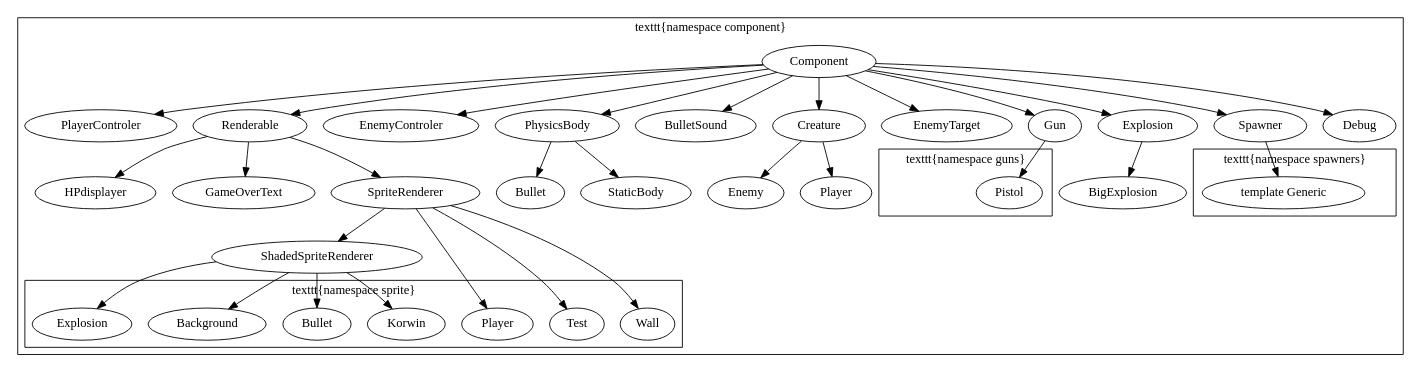
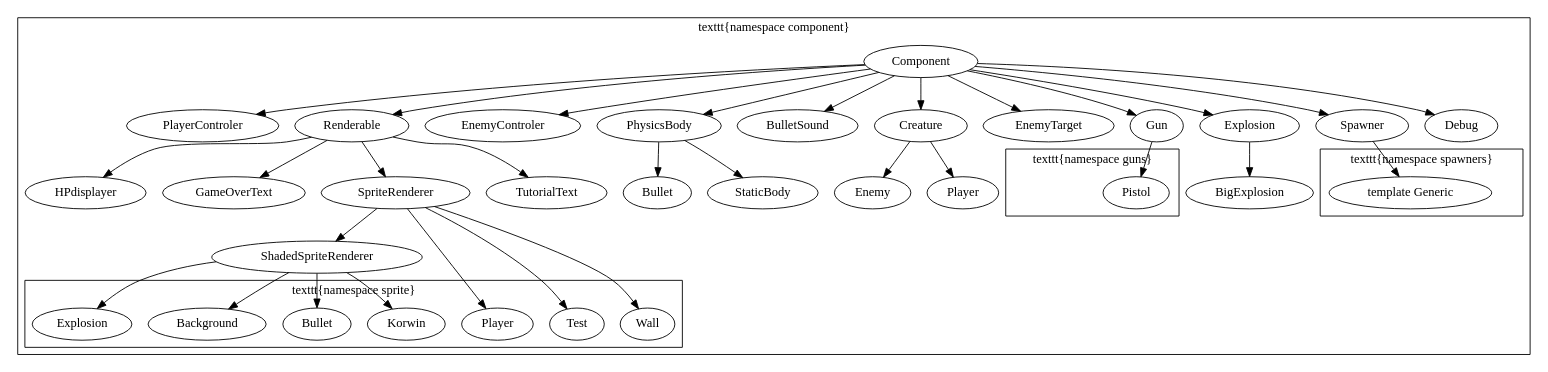
Before and after one commit to HakierGrzonzo/GrzesSFMLlib: the diagram in docs/renderable.dot, drawn with Graphviz. The commit also changed 2 other files, not shown here.

```diff
--- a/docs/renderable.dot
+++ b/docs/renderable.dot
@@ -1,79 +1,81 @@
 digraph G {
 	subgraph cluster_Component {
 		Component;
 		PlayerControler;
 			Component -> PlayerControler;
 		Renderable;
 			Component -> Renderable;
 		HPdisplayer;
 			Renderable -> HPdisplayer;
 		GameOverText;
 			Renderable -> GameOverText;
 		SpriteRenderer;
 			Renderable -> SpriteRenderer;
+		TutorialText;
+			Renderable -> TutorialText;
 		ShadedSpriteRenderer;
 			SpriteRenderer -> ShadedSpriteRenderer;
 		EnemyControler;
 			Component -> EnemyControler;
 		PhysicsBody;
 			Component -> PhysicsBody;
 		Bullet;
 			PhysicsBody -> Bullet;
 		BulletSound;
 			Component -> BulletSound;
 		Creature;
 			Component -> Creature;
 		Enemy;
 			Creature -> Enemy;
 		Player;
 			Creature -> Player;
 		EnemyTarget;
 			Component -> EnemyTarget;
 		Gun;
 			Component -> Gun;
 		Explosion;
 			Component -> Explosion;
 		BigExplosion;
 			Explosion -> BigExplosion;
 		Spawner;
 			Component -> Spawner;
 		StaticBody;
 			PhysicsBody -> StaticBody;
 		label="\texttt{namespace component}";
 
 		subgraph cluster_Sprites {
 			PlayerSprite [label=Player];
 			BulletSprite [label=Bullet];
 			Background;
 			ExplosionSprite [label=Explosion];
 			Test;
 			Wall;
 			Korwin;
 			label="\texttt{namespace sprite}";
 		}
 		Debug;
 			Component -> Debug;
 		SpriteRenderer -> Wall;
 		SpriteRenderer -> PlayerSprite;
 		SpriteRenderer -> Test;
 
 		ShadedSpriteRenderer -> BulletSprite;
 		ShadedSpriteRenderer -> Background;
 		ShadedSpriteRenderer -> ExplosionSprite;
 		ShadedSpriteRenderer -> Korwin;
 
 		subgraph cluster_Guns {
 			Pistol;
 			label="\texttt{namespace guns}"
 		}
 		Gun -> Pistol;
 
 		subgraph cluster_Spawners {
 			Generic [label="template Generic"];
 			label="\texttt{namespace spawners}"
 		}
 		Spawner -> Generic;
 
 	}
 
 }
```
